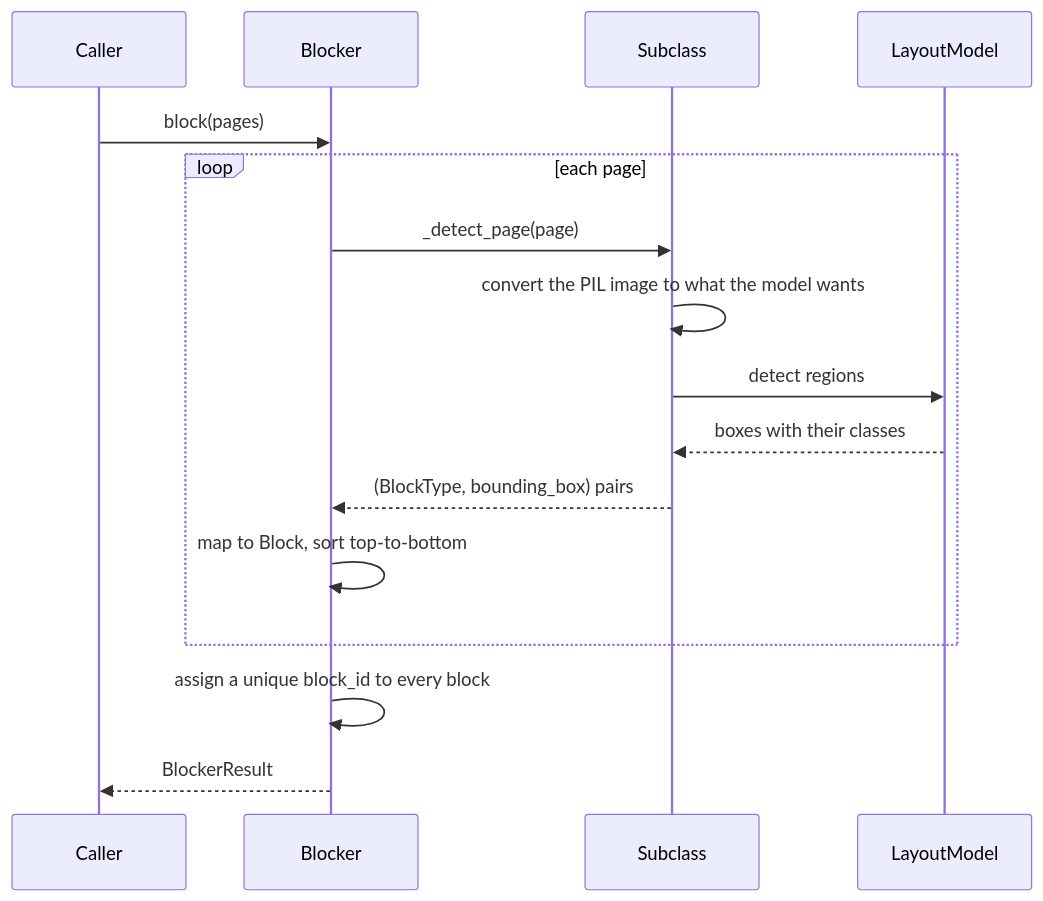
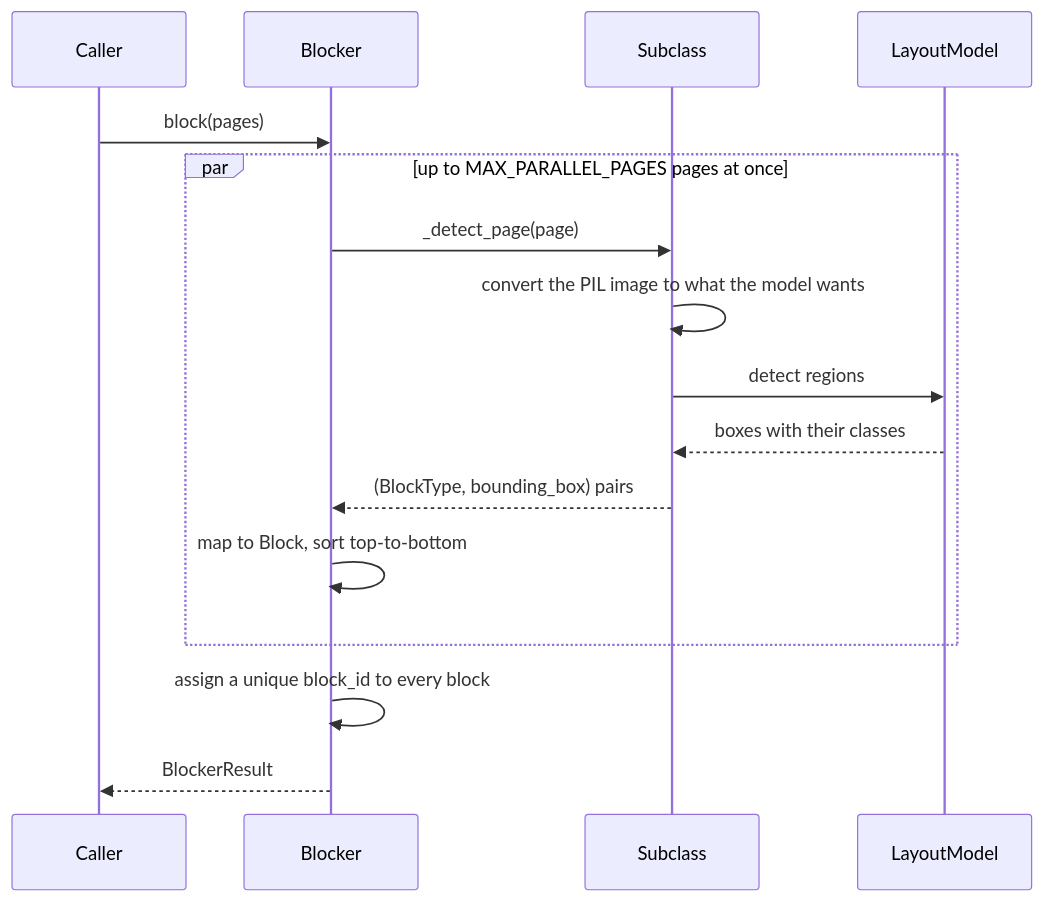
The second of 2 diagrams in Uploader/OcrModule/Blocked/Docs/Blocker.md (konbraphat51/SuperSuat), drawn with Mermaid before and after one commit. The commit also changed other lines of this file and 6 other files, not shown here.

First line of the commit message:
perf: block and transcribe several pages at once

````diff
--- a/Uploader/OcrModule/Blocked/Docs/Blocker.md
+++ b/Uploader/OcrModule/Blocked/Docs/Blocker.md
@@ -67,18 +72,18 @@
 ```mermaid
 sequenceDiagram
     participant Caller
     participant Blocker
     participant Subclass
     participant LayoutModel
     Caller->>Blocker: block(pages)
-    loop each page
+    par up to MAX_PARALLEL_PAGES pages at once
         Blocker->>Subclass: _detect_page(page)
         Subclass->>Subclass: convert the PIL image to what the model wants
         Subclass->>LayoutModel: detect regions
         LayoutModel-->>Subclass: boxes with their classes
         Subclass-->>Blocker: (BlockType, bounding_box) pairs
         Blocker->>Blocker: map to Block, sort top-to-bottom
     end
     Blocker->>Blocker: assign a unique block_id to every block
     Blocker-->>Caller: BlockerResult
 ```
````
